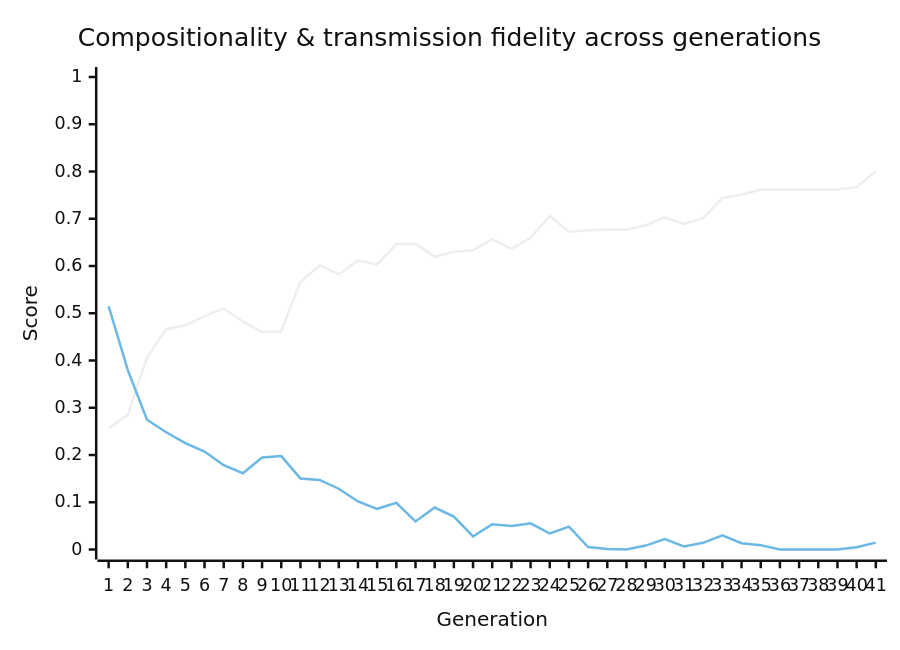
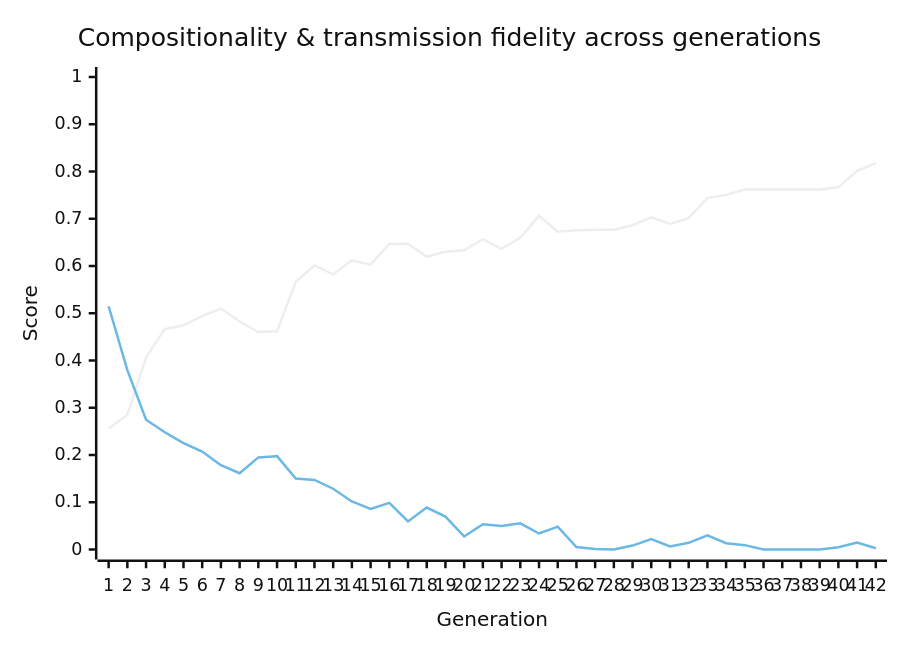
One commit to nichobbs/traditio changed the diagram in metrics/latest-report.md. Above: the diagram before and after it, drawn with Mermaid (neutral theme). The commit also changed other lines of this file and 1 other file, not shown here.

````diff
--- a/metrics/latest-report.md
+++ b/metrics/latest-report.md
@@ -40,8 +40,8 @@
 ```mermaid
 xychart-beta
     title "Compositionality & transmission fidelity across generations"
-    x-axis "Generation" [1, 2, 3, 4, 5, 6, 7, 8, 9, 10, 11, 12, 13, 14, 15, 16, 17, 18, 19, 20, 21, 22, 23, 24, 25, 26, 27, 28, 29, 30, 31, 32, 33, 34, 35, 36, 37, 38, 39, 40, 41]
+    x-axis "Generation" [1, 2, 3, 4, 5, 6, 7, 8, 9, 10, 11, 12, 13, 14, 15, 16, 17, 18, 19, 20, 21, 22, 23, 24, 25, 26, 27, 28, 29, 30, 31, 32, 33, 34, 35, 36, 37, 38, 39, 40, 41, 42]
     y-axis "Score" 0 --> 1
-    line "Compositionality" [0.2559, 0.2849, 0.4060, 0.4663, 0.4745, 0.4941, 0.5099, 0.4826, 0.4603, 0.4619, 0.5665, 0.6011, 0.5822, 0.6121, 0.6029, 0.6464, 0.6473, 0.6195, 0.6304, 0.6332, 0.6566, 0.6361, 0.6598, 0.7061, 0.6725, 0.6757, 0.6767, 0.6767, 0.6863, 0.7028, 0.6890, 0.7012, 0.7442, 0.7505, 0.7619, 0.7619, 0.7619, 0.7619, 0.7619, 0.7669, 0.8009]
-    line "Transmission Fidelity" [0.5148, 0.3796, 0.2746, 0.2481, 0.2251, 0.2074, 0.1785, 0.1615, 0.1949, 0.1977, 0.1504, 0.1472, 0.1286, 0.1016, 0.0861, 0.0987, 0.0594, 0.0888, 0.0697, 0.0276, 0.0536, 0.0500, 0.0553, 0.0339, 0.0483, 0.0051, 0.0012, 0.0000, 0.0083, 0.0219, 0.0066, 0.0142, 0.0301, 0.0134, 0.0092, 0.0000, 0.0000, 0.0000, 0.0000, 0.0047, 0.0146]
+    line "Compositionality" [0.2559, 0.2849, 0.4060, 0.4663, 0.4745, 0.4941, 0.5099, 0.4826, 0.4603, 0.4619, 0.5665, 0.6011, 0.5822, 0.6121, 0.6029, 0.6464, 0.6473, 0.6195, 0.6304, 0.6332, 0.6566, 0.6361, 0.6598, 0.7061, 0.6725, 0.6757, 0.6767, 0.6767, 0.6863, 0.7028, 0.6890, 0.7012, 0.7442, 0.7505, 0.7619, 0.7619, 0.7619, 0.7619, 0.7619, 0.7669, 0.8009, 0.8183]
+    line "Transmission Fidelity" [0.5148, 0.3796, 0.2746, 0.2481, 0.2251, 0.2074, 0.1785, 0.1615, 0.1949, 0.1977, 0.1504, 0.1472, 0.1286, 0.1016, 0.0861, 0.0987, 0.0594, 0.0888, 0.0697, 0.0276, 0.0536, 0.0500, 0.0553, 0.0339, 0.0483, 0.0051, 0.0012, 0.0000, 0.0083, 0.0219, 0.0066, 0.0142, 0.0301, 0.0134, 0.0092, 0.0000, 0.0000, 0.0000, 0.0000, 0.0047, 0.0146, 0.0028]
 ```
````
